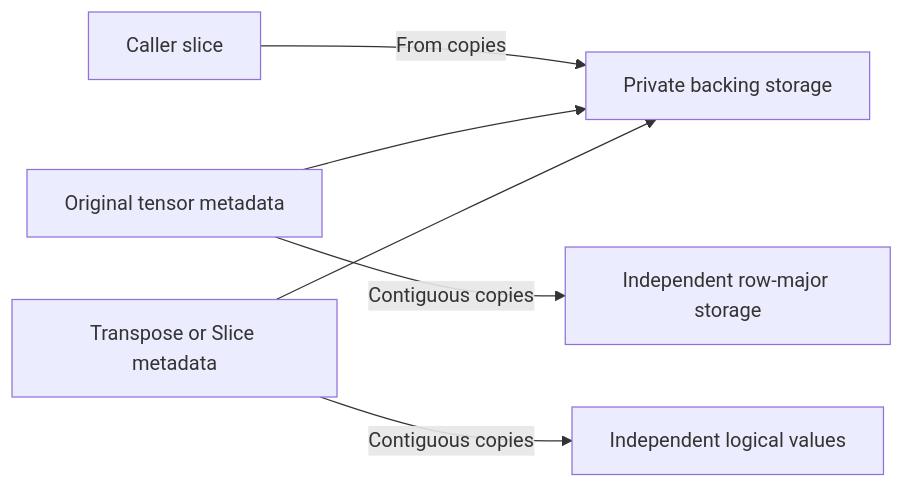
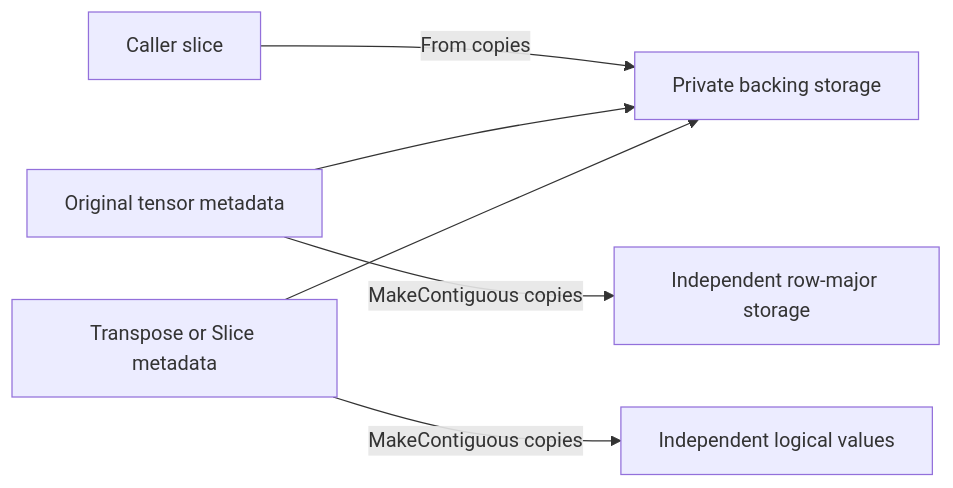
The third of 3 diagrams in docs/architecture.md (bpradana/goml), drawn with Mermaid before and after one commit. The commit also changed other lines of this file and 21 other files, not shown here.

````diff
--- a/docs/architecture.md
+++ b/docs/architecture.md
@@ -100,8 +103,8 @@
 ```mermaid
 flowchart LR
     Source["Caller slice"] -->|From copies| Storage["Private backing storage"]
     Original["Original tensor metadata"] --> Storage
     View["Transpose or Slice metadata"] --> Storage
-    Original -->|Contiguous copies| Copy["Independent row-major storage"]
-    View -->|Contiguous copies| Materialized["Independent logical values"]
+    Original -->|MakeContiguous copies| Copy["Independent row-major storage"]
+    View -->|MakeContiguous copies| Materialized["Independent logical values"]
 ```
````
